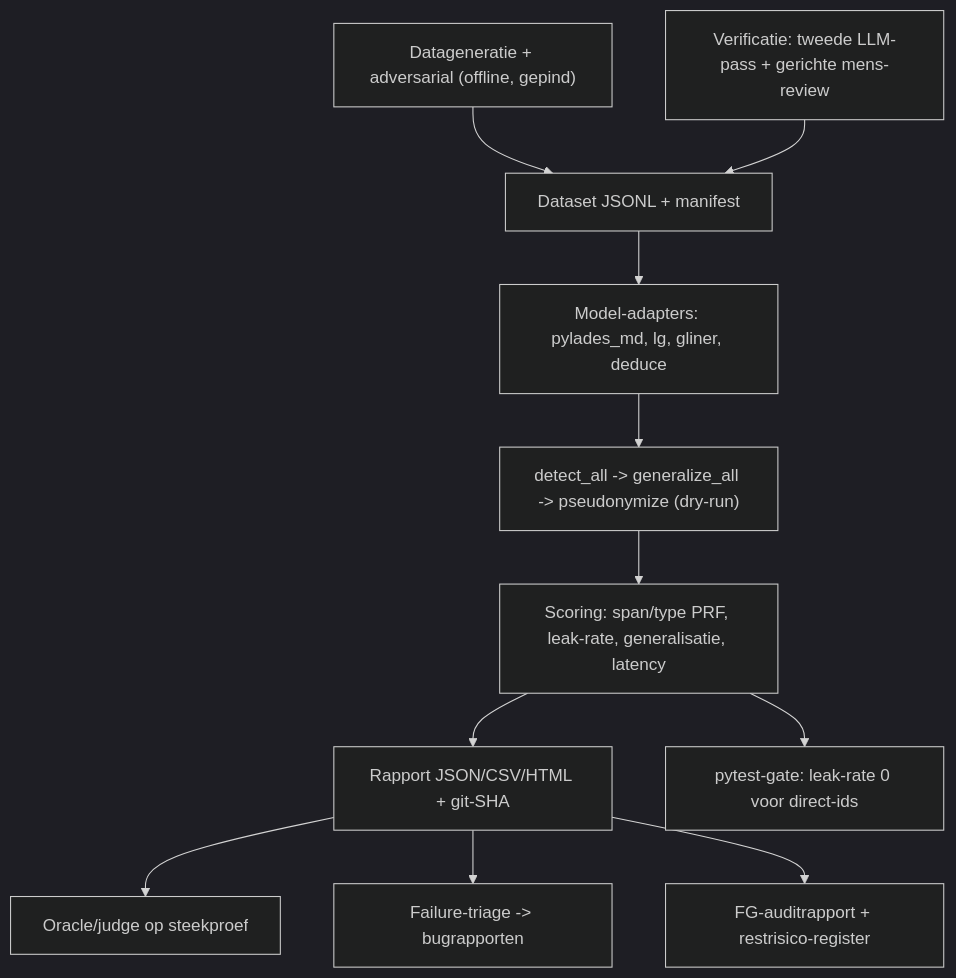
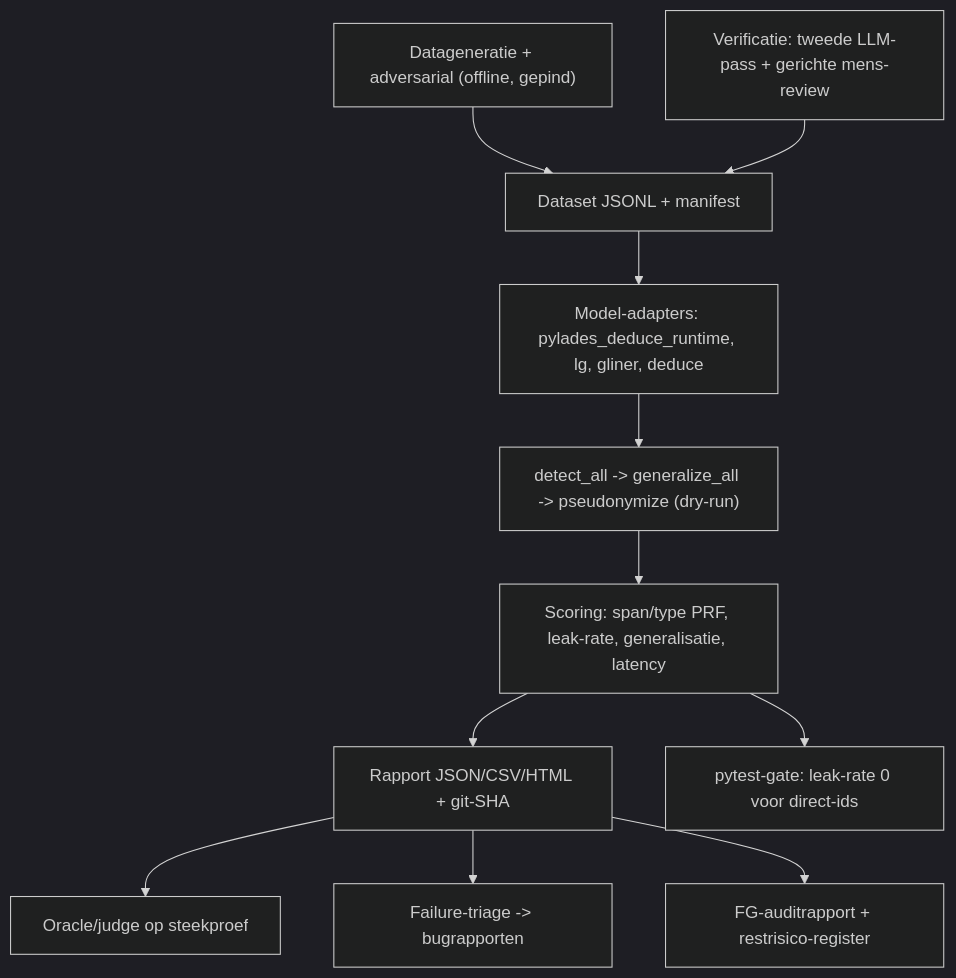
The diagram in TESTPLAN.md (PatrickWillems73/Pylades), drawn with Mermaid (dark theme) before and after one commit. The commit also changed other lines of this file and 5 other files, not shown here.

First line of the commit message:
refactor(eval): hernoem baseline-runner naar pylades_deduce_runtime

````diff
--- a/TESTPLAN.md
+++ b/TESTPLAN.md
@@ -42,13 +42,13 @@
 ```mermaid
 flowchart TD
   gen["Datageneratie + adversarial (offline, gepind)"] --> dataset["Dataset JSONL + manifest"]
   human["Verificatie: tweede LLM-pass + gerichte mens-review"] --> dataset
-  dataset --> runner["Model-adapters: pylades_md, lg, gliner, deduce"]
+  dataset --> runner["Model-adapters: pylades_deduce_runtime, lg, gliner, deduce"]
   runner --> pipeline["detect_all -> generalize_all -> pseudonymize (dry-run)"]
   pipeline --> metrics["Scoring: span/type PRF, leak-rate, generalisatie, latency"]
   metrics --> report["Rapport JSON/CSV/HTML + git-SHA"]
   metrics --> gate["pytest-gate: leak-rate 0 voor direct-ids"]
   report --> judge["Oracle/judge op steekproef"]
   report --> triage["Failure-triage -> bugrapporten"]
   report --> dpo["FG-auditrapport + restrisico-register"]
 ```
````
